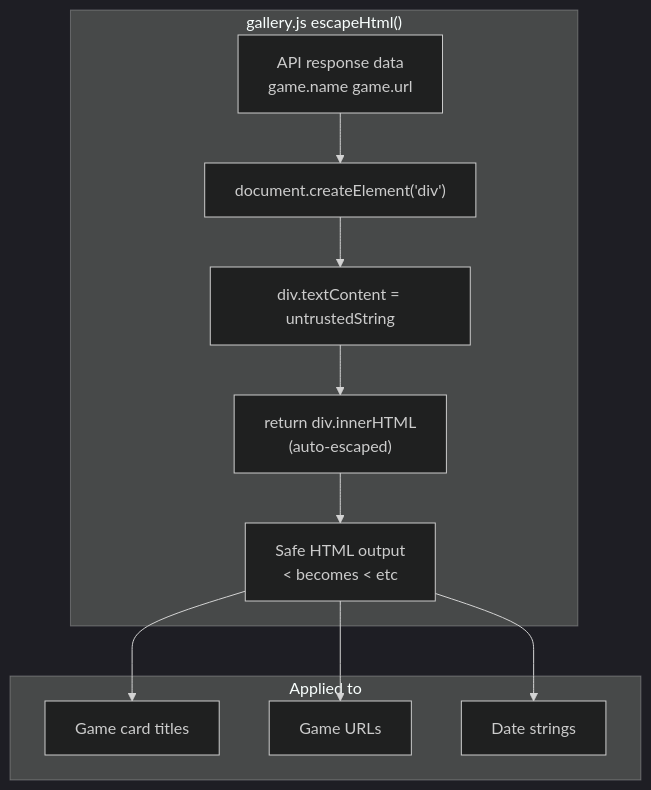
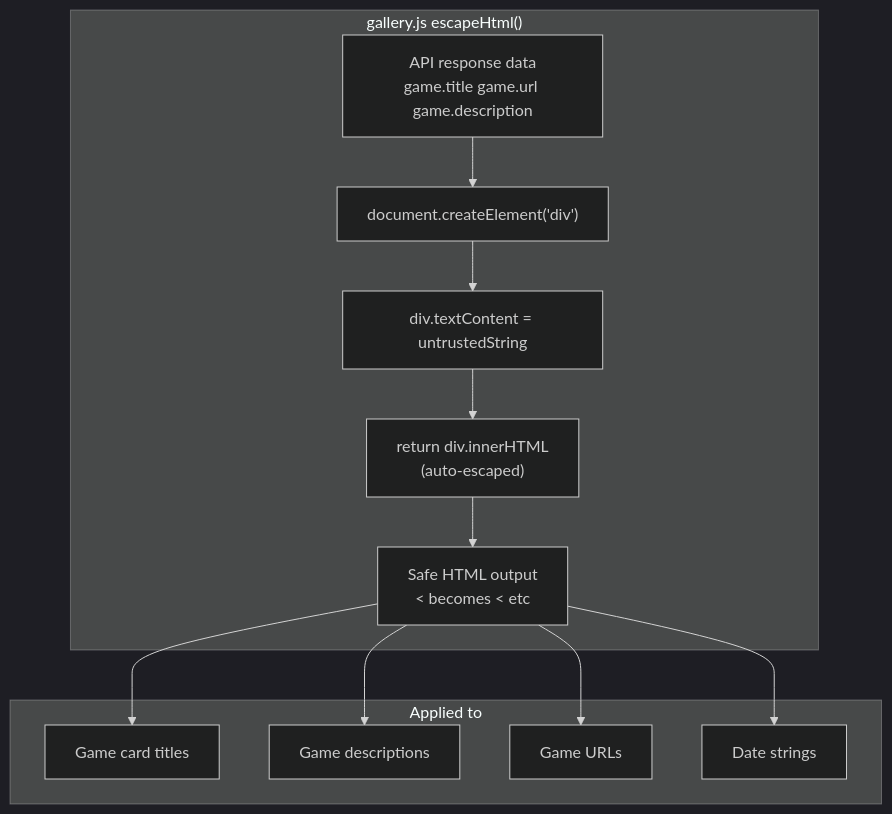
The third of 9 diagrams in AI/document/11-security.md (J-Gierend/gamePocGen), drawn with Mermaid (dark theme) before and after one commit. The commit also changed other lines of this file and 12 other files, not shown here.

First line of the commit message:
fix: regenerate all architecture docs from current source

````diff
--- a/AI/document/11-security.md
+++ b/AI/document/11-security.md
@@ -73,19 +75,21 @@
 ```mermaid
 graph TD
     subgraph "gallery.js escapeHtml()"
-        INPUT["API response data\ngame.name game.url"] --> CREATE["document.createElement('div')"]
+        INPUT["API response data<br/>game.title game.url game.description"] --> CREATE["document.createElement('div')"]
         CREATE --> SET["div.textContent = untrustedString"]
-        SET --> READ["return div.innerHTML\n(auto-escaped)"]
-        READ --> SAFE["Safe HTML output\n< becomes &lt; etc"]
+        SET --> READ["return div.innerHTML<br/>(auto-escaped)"]
+        READ --> SAFE["Safe HTML output<br/>< becomes &lt; etc"]
     end
 
     subgraph "Applied to"
         CARD_TITLE["Game card titles"]
+        CARD_DESC["Game descriptions"]
         CARD_URL["Game URLs"]
         CARD_DATE["Date strings"]
     end
 
     SAFE --> CARD_TITLE
+    SAFE --> CARD_DESC
     SAFE --> CARD_URL
     SAFE --> CARD_DATE
 ```
````
